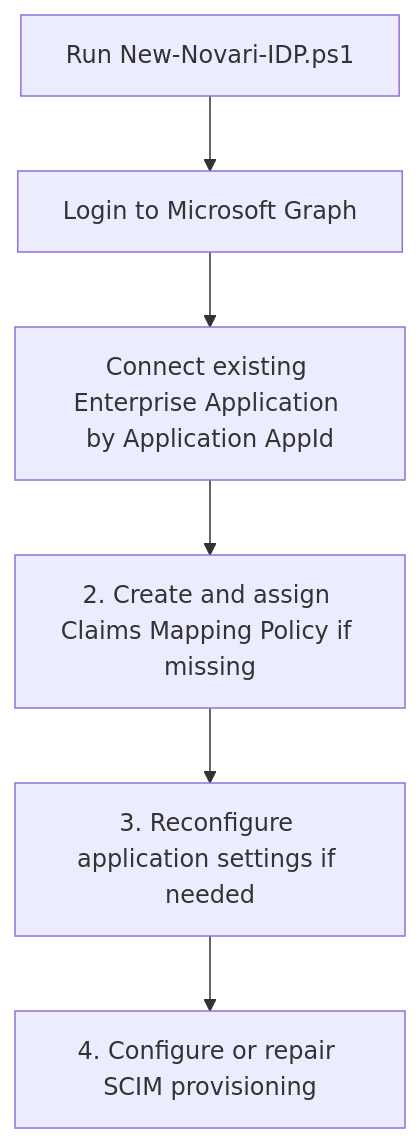
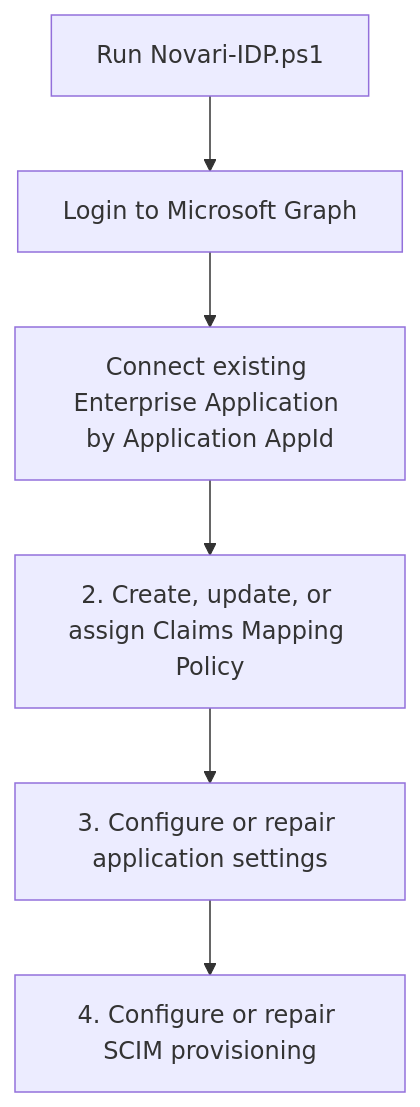
The second of 2 diagrams in powershell/fint/README.md (FINTLabs/flais-keycloak), drawn with Mermaid before and after one commit. The commit also changed other lines of this file and 4 other files, not shown here.

````diff
--- a/powershell/fint/README.md
+++ b/powershell/fint/README.md
@@ -671,8 +130,8 @@
 ```mermaid
 flowchart TD
-    A[Run New-Novari-IDP.ps1] --> B[Login to Microsoft Graph]
+    A[Run Novari-IDP.ps1] --> B[Login to Microsoft Graph]
     B --> C[Connect existing Enterprise Application by Application AppId]
-    C --> D[2. Create and assign Claims Mapping Policy if missing]
-    D --> E[3. Reconfigure application settings if needed]
+    C --> D[2. Create, update, or assign Claims Mapping Policy]
+    D --> E[3. Configure or repair application settings]
     E --> F[4. Configure or repair SCIM provisioning]
 ```
````
